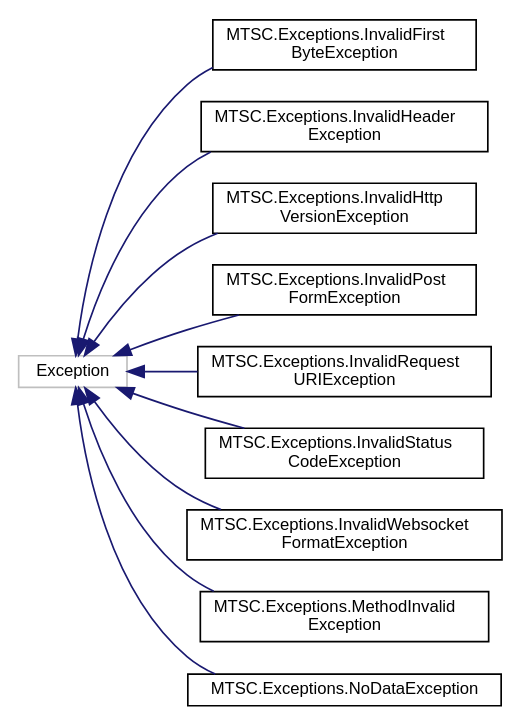
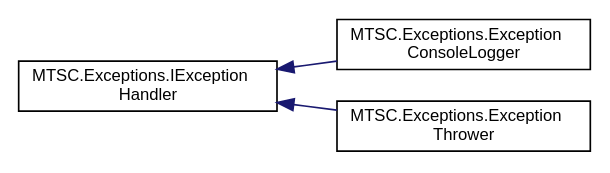
The diagram in docs/inherit_graph_9.dot (AlexMacocian/MTSC), drawn with Graphviz before and after one commit. The commit also changed 348 other files, not shown here.

```diff
--- a/docs/inherit_graph_9.dot
+++ b/docs/inherit_graph_9.dot
@@ -1,26 +1,12 @@
 digraph "Graphical Class Hierarchy"
 {
  // LATEX_PDF_SIZE
   edge [fontname="Helvetica",fontsize="10",labelfontname="Helvetica",labelfontsize="10"];
   node [fontname="Helvetica",fontsize="10",shape=record];
   rankdir="LR";
-  Node31 [label="Exception",height=0.2,width=0.4,color="grey75", fillcolor="white", style="filled",tooltip=" "];
-  Node31 -> Node0 [dir="back",color="midnightblue",fontsize="10",style="solid",fontname="Helvetica"];
-  Node0 [label="MTSC.Exceptions.InvalidFirst\lByteException",height=0.2,width=0.4,color="black", fillcolor="white", style="filled",URL="$d7/d18/class_m_t_s_c_1_1_exceptions_1_1_invalid_first_byte_exception.html",tooltip="Exception in case of first invalid byte for websocket communication."];
-  Node31 -> Node33 [dir="back",color="midnightblue",fontsize="10",style="solid",fontname="Helvetica"];
-  Node33 [label="MTSC.Exceptions.InvalidHeader\lException",height=0.2,width=0.4,color="black", fillcolor="white", style="filled",URL="$d0/d0e/class_m_t_s_c_1_1_exceptions_1_1_invalid_header_exception.html",tooltip="Exception for invalid headers."];
-  Node31 -> Node34 [dir="back",color="midnightblue",fontsize="10",style="solid",fontname="Helvetica"];
-  Node34 [label="MTSC.Exceptions.InvalidHttp\lVersionException",height=0.2,width=0.4,color="black", fillcolor="white", style="filled",URL="$d3/d73/class_m_t_s_c_1_1_exceptions_1_1_invalid_http_version_exception.html",tooltip="Exception in case of Invalid HTTP Version."];
-  Node31 -> Node35 [dir="back",color="midnightblue",fontsize="10",style="solid",fontname="Helvetica"];
-  Node35 [label="MTSC.Exceptions.InvalidPost\lFormException",height=0.2,width=0.4,color="black", fillcolor="white", style="filled",URL="$d9/dea/class_m_t_s_c_1_1_exceptions_1_1_invalid_post_form_exception.html",tooltip="Exception for invalid post forms."];
-  Node31 -> Node36 [dir="back",color="midnightblue",fontsize="10",style="solid",fontname="Helvetica"];
-  Node36 [label="MTSC.Exceptions.InvalidRequest\lURIException",height=0.2,width=0.4,color="black", fillcolor="white", style="filled",URL="$d6/dab/class_m_t_s_c_1_1_exceptions_1_1_invalid_request_u_r_i_exception.html",tooltip="Exception cause by an invalid request URI."];
-  Node31 -> Node37 [dir="back",color="midnightblue",fontsize="10",style="solid",fontname="Helvetica"];
-  Node37 [label="MTSC.Exceptions.InvalidStatus\lCodeException",height=0.2,width=0.4,color="black", fillcolor="white", style="filled",URL="$dd/d91/class_m_t_s_c_1_1_exceptions_1_1_invalid_status_code_exception.html",tooltip="Exception for invalid response status code."];
-  Node31 -> Node38 [dir="back",color="midnightblue",fontsize="10",style="solid",fontname="Helvetica"];
-  Node38 [label="MTSC.Exceptions.InvalidWebsocket\lFormatException",height=0.2,width=0.4,color="black", fillcolor="white", style="filled",URL="$d6/d77/class_m_t_s_c_1_1_exceptions_1_1_invalid_websocket_format_exception.html",tooltip=" "];
-  Node31 -> Node39 [dir="back",color="midnightblue",fontsize="10",style="solid",fontname="Helvetica"];
-  Node39 [label="MTSC.Exceptions.MethodInvalid\lException",height=0.2,width=0.4,color="black", fillcolor="white", style="filled",URL="$de/dab/class_m_t_s_c_1_1_exceptions_1_1_method_invalid_exception.html",tooltip="Invalid HTTP Method Exception."];
-  Node31 -> Node40 [dir="back",color="midnightblue",fontsize="10",style="solid",fontname="Helvetica"];
-  Node40 [label="MTSC.Exceptions.NoDataException",height=0.2,width=0.4,color="black", fillcolor="white", style="filled",URL="$da/d6f/class_m_t_s_c_1_1_exceptions_1_1_no_data_exception.html",tooltip=" "];
+  Node0 [label="MTSC.Exceptions.IException\lHandler",height=0.2,width=0.4,color="black", fillcolor="white", style="filled",URL="$d8/d5c/interface_m_t_s_c_1_1_exceptions_1_1_i_exception_handler.html",tooltip="Handler to be used for handling exception."];
+  Node0 -> Node1 [dir="back",color="midnightblue",fontsize="10",style="solid",fontname="Helvetica"];
+  Node1 [label="MTSC.Exceptions.Exception\lConsoleLogger",height=0.2,width=0.4,color="black", fillcolor="white", style="filled",URL="$df/d86/class_m_t_s_c_1_1_exceptions_1_1_exception_console_logger.html",tooltip="Logs the received exceptions to the console."];
+  Node0 -> Node2 [dir="back",color="midnightblue",fontsize="10",style="solid",fontname="Helvetica"];
+  Node2 [label="MTSC.Exceptions.Exception\lThrower",height=0.2,width=0.4,color="black", fillcolor="white", style="filled",URL="$dc/d94/class_m_t_s_c_1_1_exceptions_1_1_exception_thrower.html",tooltip="Throws all handled exceptions."];
 }
```
